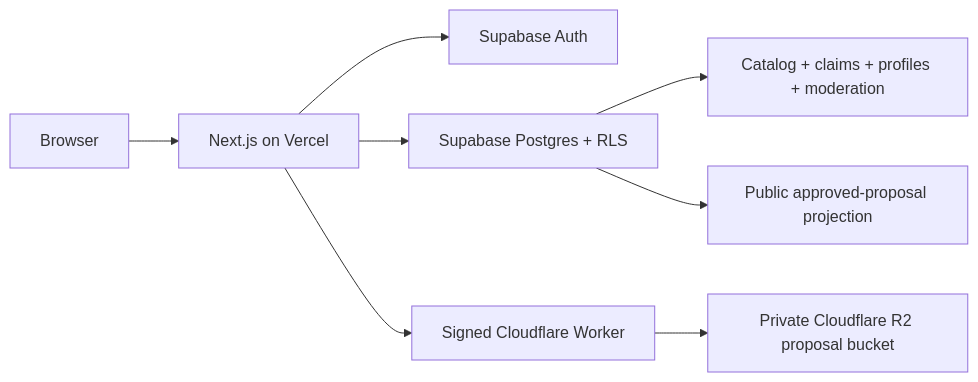
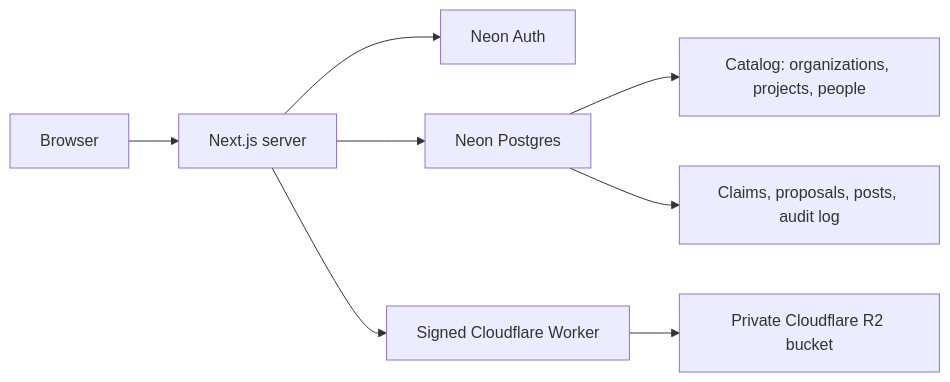
Before and after one commit to ketankauntia/gsoc-orgs: the first of 2 diagrams in README.md, drawn with Mermaid. The commit also changed other lines of this file and 3 other files, not shown here.

First line of the commit message:
docs: describe the Neon setup and contributor hub

````diff
--- a/README.md
+++ b/README.md
@@ -33,10 +33,10 @@
 ```mermaid
 flowchart LR
-  Browser[Browser] --> Vercel[Next.js on Vercel]
-  Vercel --> Auth[Supabase Auth]
-  Vercel --> DB[Supabase Postgres + RLS]
-  Vercel --> Gateway[Signed Cloudflare Worker]
-  Gateway --> R2[Private Cloudflare R2 proposal bucket]
-  DB --> Catalog[Catalog + claims + profiles + moderation]
-  DB --> Public[Public approved-proposal projection]
+  Browser[Browser] --> Next[Next.js server]
+  Next --> Auth[Neon Auth]
+  Next --> DB[Neon Postgres]
+  Next --> Gateway[Signed Cloudflare Worker]
+  Gateway --> R2[Private Cloudflare R2 bucket]
+  DB --> Catalog[Catalog: organizations, projects, people]
+  DB --> Hub[Claims, proposals, posts, audit log]
 ```
````
